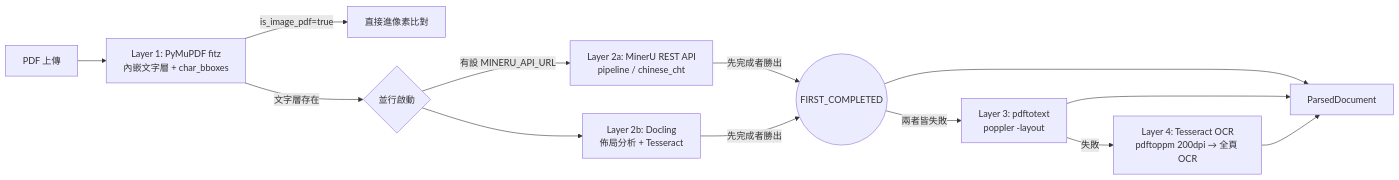
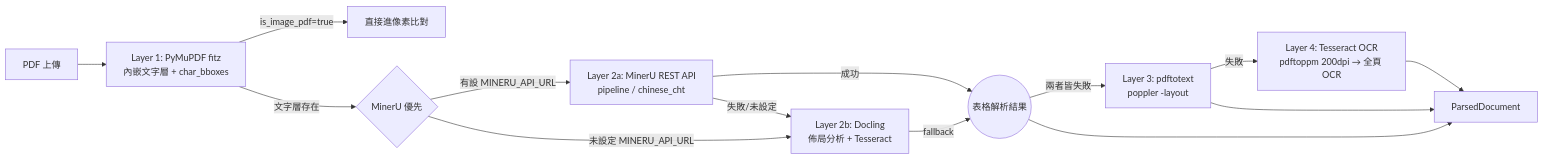
One commit to a9181873/PDF_check_minerU changed the second of 4 diagrams in docs/technical-architecture.md. Above: the diagram before and after it, drawn with Mermaid. The commit also changed other lines of this file and 29 other files, not shown here.

````diff
--- a/docs/technical-architecture.md
+++ b/docs/technical-architecture.md
@@ -104,15 +104,16 @@
 ```mermaid
 graph LR
     A[PDF 上傳] --> P[Layer 1: PyMuPDF fitz<br/>內嵌文字層 + char_bboxes]
     P -->|is_image_pdf=true| PIX[直接進像素比對]
-    P -->|文字層存在| PAR{並行啟動}
+    P -->|文字層存在| PAR{MinerU 優先}
     PAR -->|有設 MINERU_API_URL| C[Layer 2a: MinerU REST API<br/>pipeline / chinese_cht]
-    PAR --> E[Layer 2b: Docling<br/>佈局分析 + Tesseract]
-    C -->|先完成者勝出| W((FIRST_COMPLETED))
-    E -->|先完成者勝出| W
+    PAR -->|未設定 MINERU_API_URL| E[Layer 2b: Docling<br/>佈局分析 + Tesseract]
+    C -->|成功| W((表格解析結果))
+    C -->|失敗/未設定| E[Layer 2b: Docling<br/>佈局分析 + Tesseract]
+    E -->|fallback| W
     W -->|兩者皆失敗| F[Layer 3: pdftotext<br/>poppler -layout]
     F -->|失敗| G[Layer 4: Tesseract OCR<br/>pdftoppm 200dpi → 全頁 OCR]
     W --> H[ParsedDocument]
     F --> H
     G --> H
 ```
````
